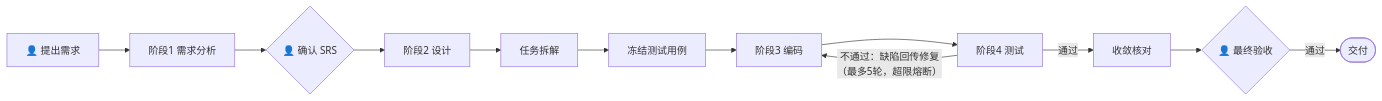
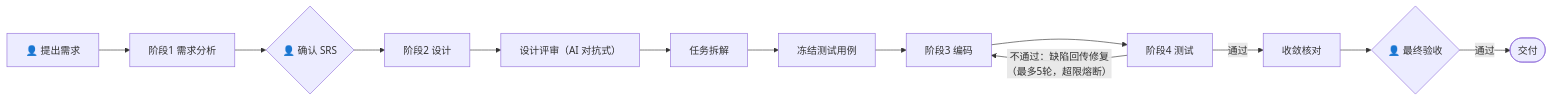
The diagram in README.md (ChiangyangNPU/spec-pilot), drawn with Mermaid before and after one commit. The commit also changed 3 other files, not shown here.

First line of the commit message:
三处流程总览图补设计评审节点

````diff
--- a/README.md
+++ b/README.md
@@ -7,14 +7,15 @@
 ```mermaid
 flowchart LR
     A["👤 提出需求"] --> B["阶段1 需求分析"]
     B --> H1{"👤 确认 SRS"}
     H1 --> C["阶段2 设计"]
-    C --> D["任务拆解"]
+    C --> R["设计评审（AI 对抗式）"]
+    R --> D["任务拆解"]
     D --> E["冻结测试用例"]
     E --> F["阶段3 编码"]
     F --> G["阶段4 测试"]
     G -- "不通过：缺陷回传修复<br/>（最多5轮，超限熔断）" --> F
     G -- 通过 --> H["收敛核对"]
     H --> I{"👤 最终验收"}
     I -- 通过 --> J(["交付"])
 ```
````
